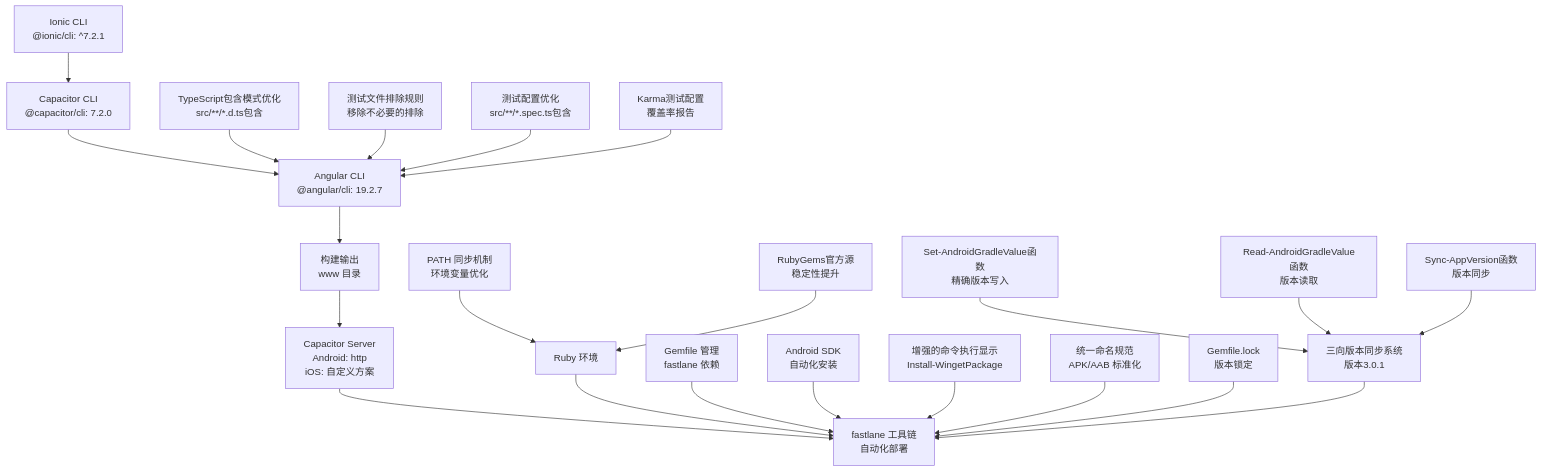
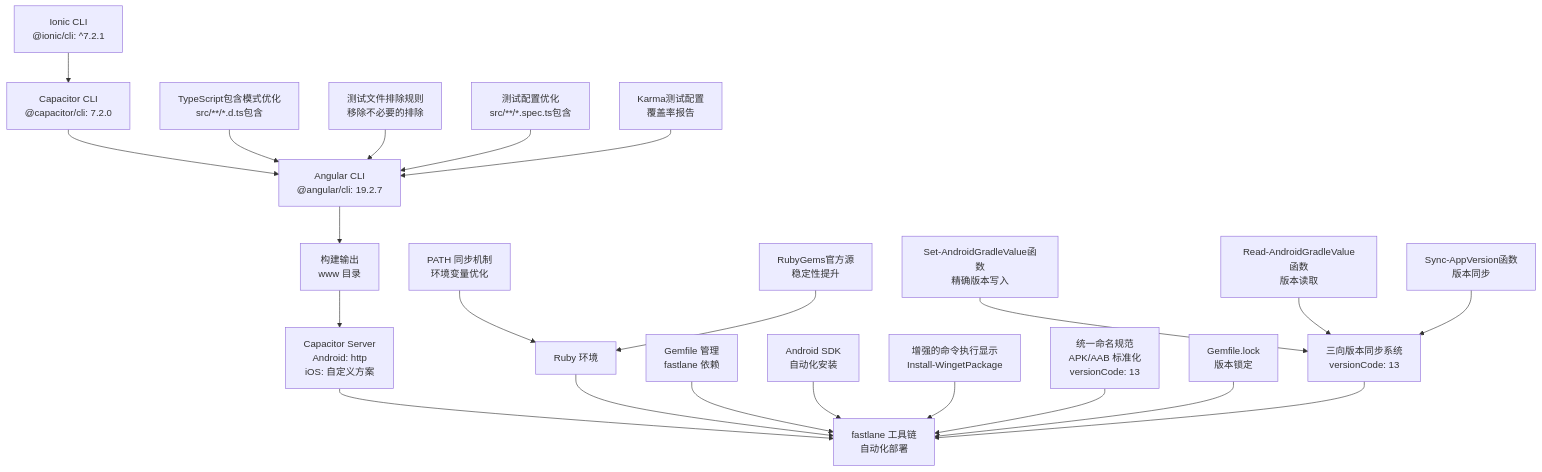
One commit to tea4go/Macro-Deck-Client-App changed the third of 6 diagrams in .qoder/repowiki/zh/content/构建与部署/构建配置.md. Above: the diagram before and after it, drawn with Mermaid. The commit also changed other lines of this file and 57 other files, not shown here.

````diff
--- a/.qoder/repowiki/zh/content/构建与部署/构建配置.md
+++ b/.qoder/repowiki/zh/content/构建与部署/构建配置.md
@@ -387,24 +386,24 @@
 ```mermaid
 graph TB
 A["Ionic CLI<br/>@ionic/cli: ^7.2.1"] --> B["Capacitor CLI<br/>@capacitor/cli: 7.2.0"]
 B --> C["Angular CLI<br/>@angular/cli: 19.2.7"]
 C --> D["构建输出<br/>www 目录"]
 D --> E["Capacitor Server<br/>Android: http<br/>iOS: 自定义方案"]
 E --> F["fastlane 工具链<br/>自动化部署"]
 G["Ruby 环境"] --> F
 H["Gemfile 管理<br/>fastlane 依赖"] --> F
 I["Android SDK<br/>自动化安装"] --> F
 J["PATH 同步机制<br/>环境变量优化"] --> G
 K["增强的命令执行显示<br/>Install-WingetPackage"] --> F
-L["统一命名规范<br/>APK/AAB 标准化"] --> F
+L["统一命名规范<br/>APK/AAB 标准化<br/>versionCode: 13"] --> F
 M["Gemfile.lock<br/>版本锁定"] --> F
 N["RubyGems官方源<br/>稳定性提升"] --> G
-O["三向版本同步系统<br/>版本3.0.1"] --> F
+O["三向版本同步系统<br/>versionCode: 13"] --> F
 P["Set-AndroidGradleValue函数<br/>精确版本写入"] --> O
 Q["Read-AndroidGradleValue函数<br/>版本读取"] --> O
 R["Sync-AppVersion函数<br/>版本同步"] --> O
 S["TypeScript包含模式优化<br/>src/**/*.d.ts包含"] --> C
 T["测试文件排除规则<br/>移除不必要的排除"] --> C
 U["测试配置优化<br/>src/**/*.spec.ts包含"] --> C
 V["Karma测试配置<br/>覆盖率报告"] --> C
 ```
````
